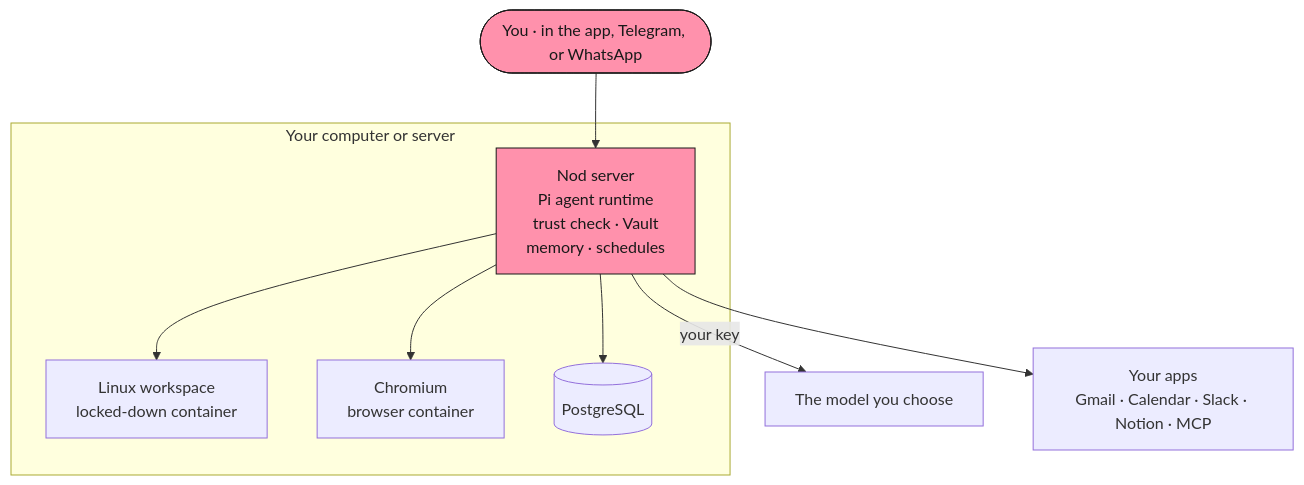
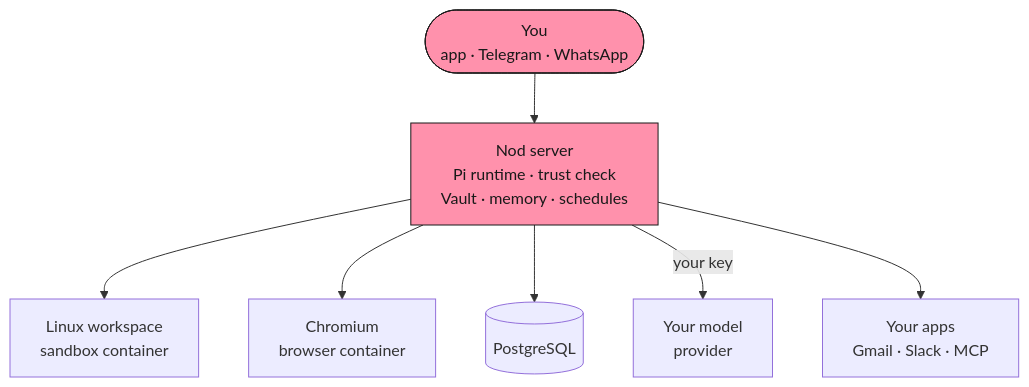
Before and after one commit to n8n-io/nod: the diagram in README.md, drawn with Mermaid. The commit also changed other lines of this file, not shown here.

Commit message:
docs: compact the README architecture diagram for GitHub

````diff
--- a/README.md
+++ b/README.md
@@ -288,19 +288,12 @@
 ```mermaid
 flowchart TB
-  you(["You · in the app, Telegram, or WhatsApp"]):::pink
-  subgraph host ["Your computer or server"]
-    server["Nod server<br/>Pi agent runtime<br/>trust check · Vault<br/>memory · schedules"]:::pink
-    workspace["Linux workspace<br/>locked-down container"]
-    browser["Chromium<br/>browser container"]
-    db[("PostgreSQL")]
-  end
-  model["The model you choose"]
-  apps["Your apps<br/>Gmail · Calendar · Slack · Notion · MCP"]
+  you(["You<br/>app · Telegram · WhatsApp"]):::pink
+  server["Nod server<br/>Pi runtime · trust check<br/>Vault · memory · schedules"]:::pink
   you --> server
-  server --> workspace
-  server --> browser
-  server --> db
-  server -- "your key" --> model
-  server --> apps
+  server --> workspace["Linux workspace<br/>sandbox container"]
+  server --> browser["Chromium<br/>browser container"]
+  server --> db[("PostgreSQL")]
+  server -- "your key" --> model["Your model<br/>provider"]
+  server --> apps["Your apps<br/>Gmail · Slack · MCP"]
   classDef pink fill:#ff91ac,stroke:#191919,color:#191919
 ```
````
